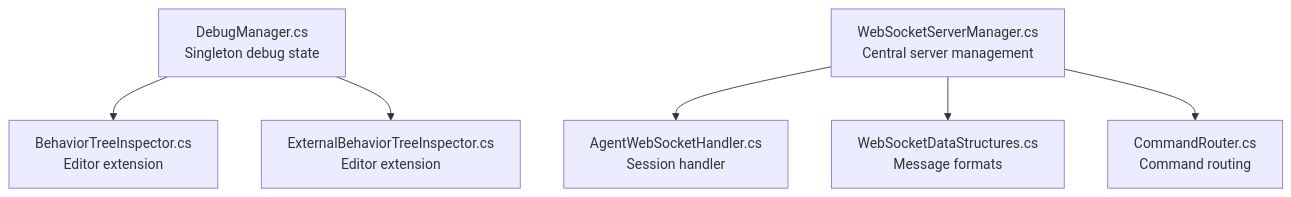
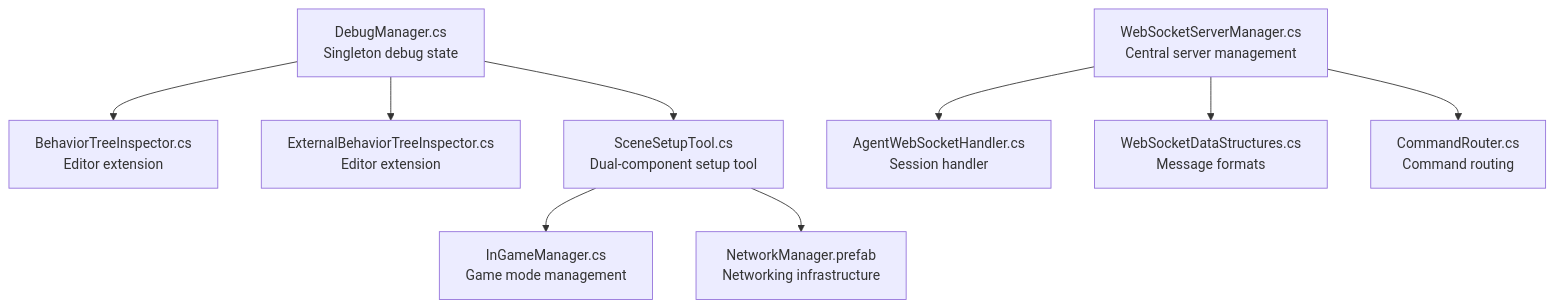
Before and after one commit to kandeng/AI-Controlled-battle-game: the second of 8 diagrams in .qoder/repowiki/en/content/Development Tools & Utilities.md, drawn with Mermaid. The commit also changed other lines of this file and 376 other files, not shown here.

````diff
--- a/.qoder/repowiki/en/content/Development Tools & Utilities.md
+++ b/.qoder/repowiki/en/content/Development Tools & Utilities.md
@@ -125,15 +146,21 @@
 ```mermaid
 graph TB
 DM["DebugManager.cs<br/>Singleton debug state"]
 BTI["BehaviorTreeInspector.cs<br/>Editor extension"]
 EBTI["ExternalBehaviorTreeInspector.cs<br/>Editor extension"]
+SST["SceneSetupTool.cs<br/>Dual-component setup tool"]
 WSM["WebSocketServerManager.cs<br/>Central server management"]
 AWSH["AgentWebSocketHandler.cs<br/>Session handler"]
 WSDS["WebSocketDataStructures.cs<br/>Message formats"]
 CR["CommandRouter.cs<br/>Command routing"]
+IGM["InGameManager.cs<br/>Game mode management"]
+NM["NetworkManager.prefab<br/>Networking infrastructure"]
 DM --> BTI
 DM --> EBTI
+DM --> SST
+SST --> IGM
+SST --> NM
 WSM --> AWSH
 WSM --> WSDS
 WSM --> CR
 ```
````
